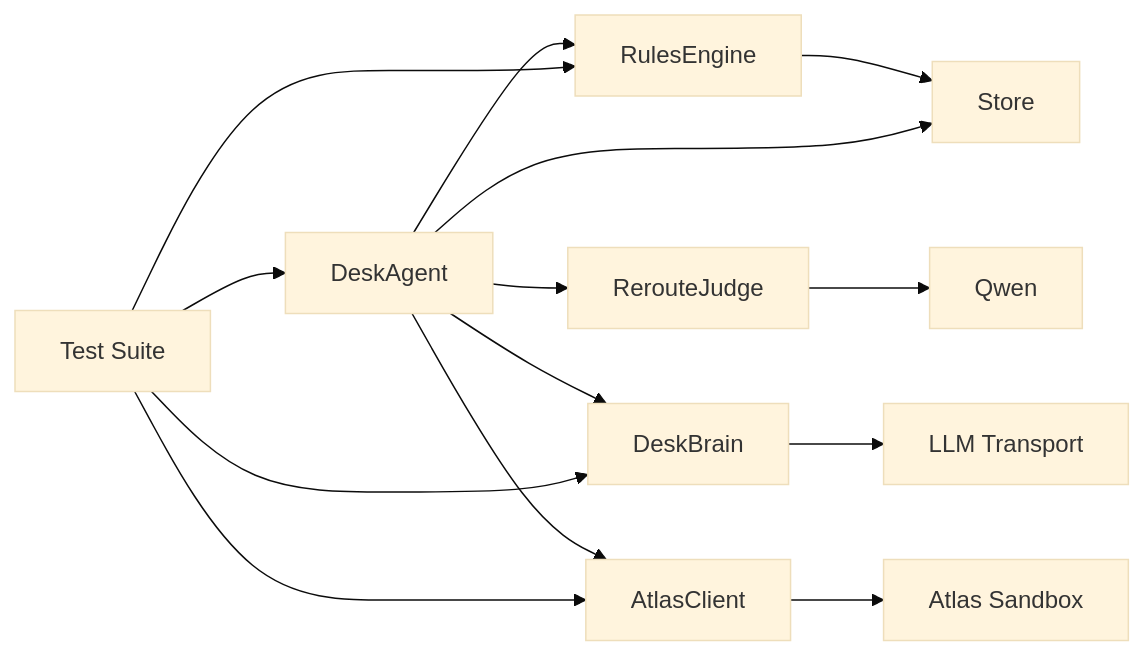
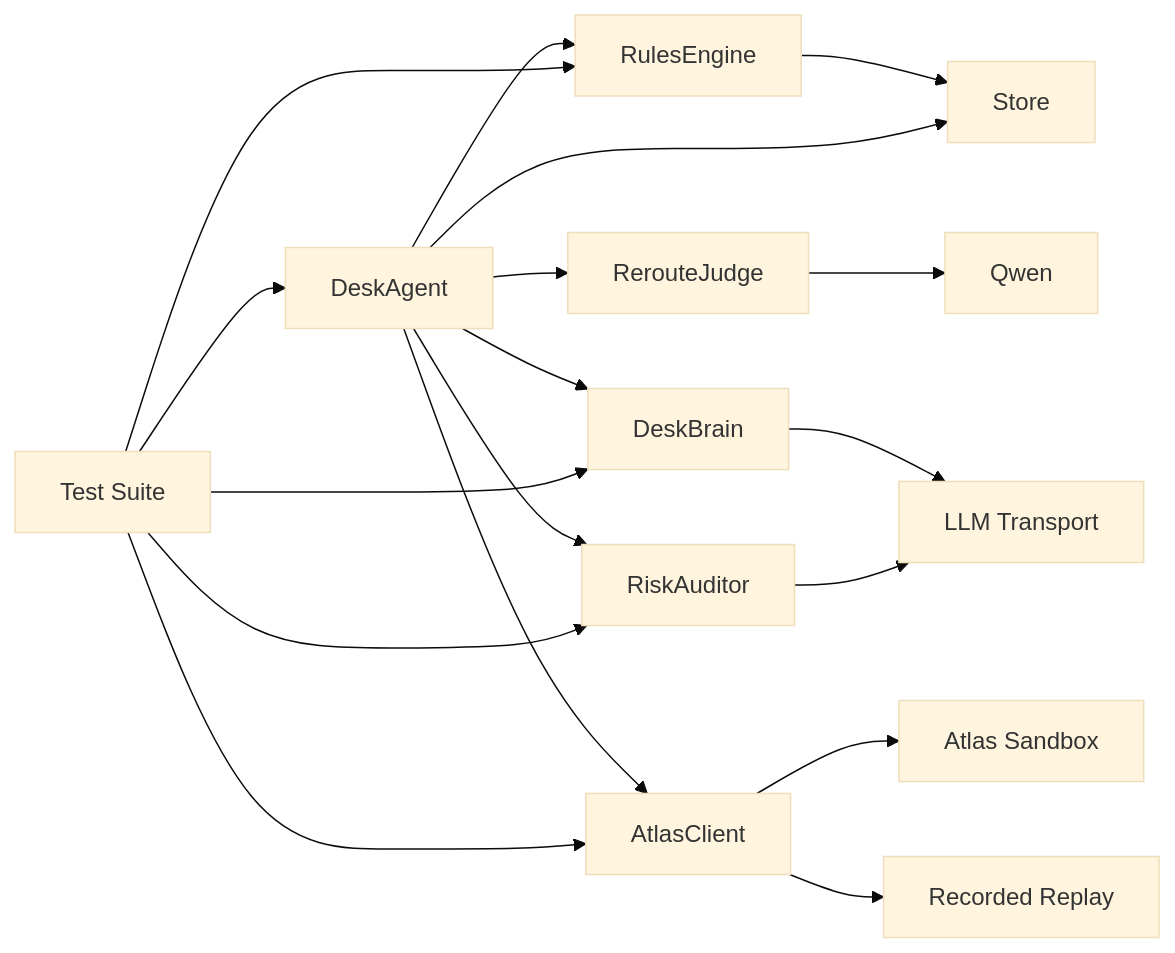
One commit to jaydonnnk/waypoint changed the third of 3 diagrams in .qoder/repowiki/en/content/Testing Strategy.md. Above: the diagram before and after it, drawn with Mermaid (base theme). The commit also changed other lines of this file and 36 other files, not shown here.

````diff
--- a/.qoder/repowiki/en/content/Testing Strategy.md
+++ b/.qoder/repowiki/en/content/Testing Strategy.md
@@ -514,16 +689,20 @@
 ```mermaid
 graph LR
 Rules["RulesEngine"] --> Store["Store"]
 Judge["RerouteJudge"] --> Qwen["Qwen"]
 DeskBrain["DeskBrain"] --> Transport["LLM Transport"]
+Auditor["RiskAuditor"] --> Transport
 Agent["DeskAgent"] --> Rules
 Agent --> Judge
 Agent --> DeskBrain
+Agent --> Auditor
 Agent --> Atlas["AtlasClient"]
 Agent --> Store
 Atlas --> AtlasSandbox["Atlas Sandbox"]
+Atlas --> Recorded["Recorded Replay"]
 Tests["Test Suite"] --> Agent
 Tests --> Atlas
 Tests --> DeskBrain
+Tests --> Auditor
 Tests --> Rules
 ```
````
